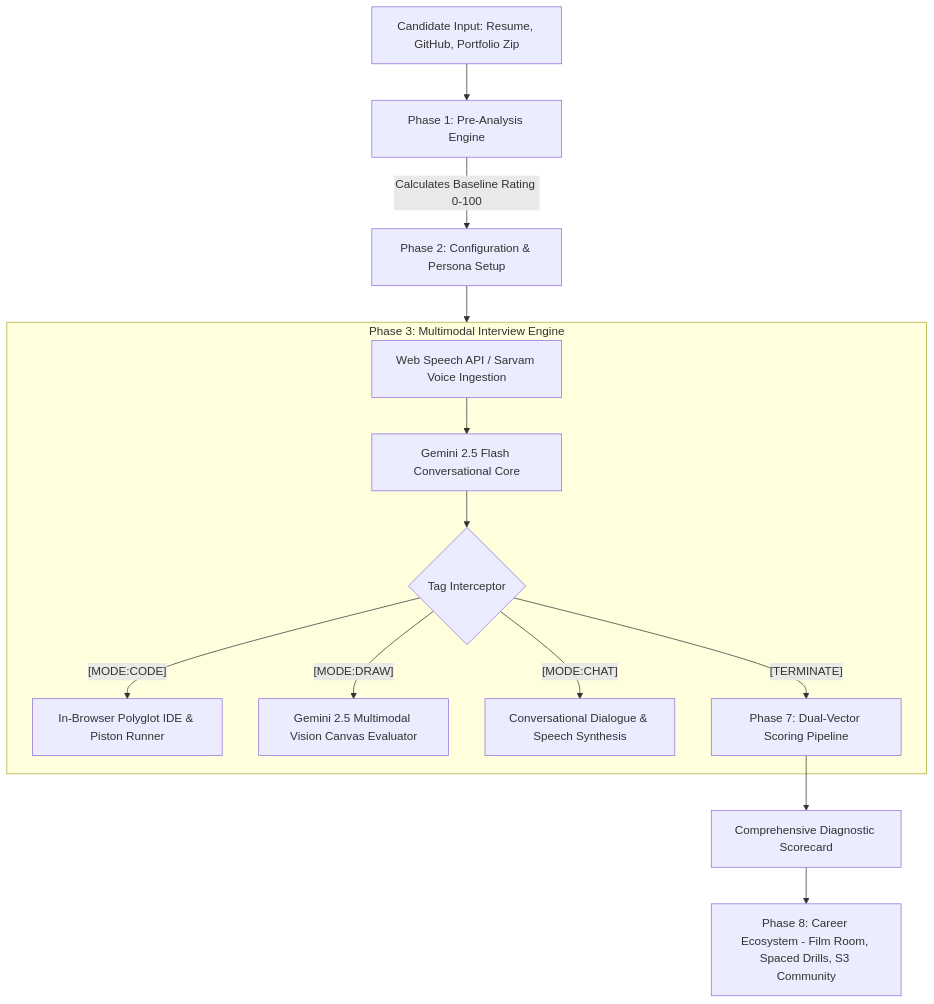
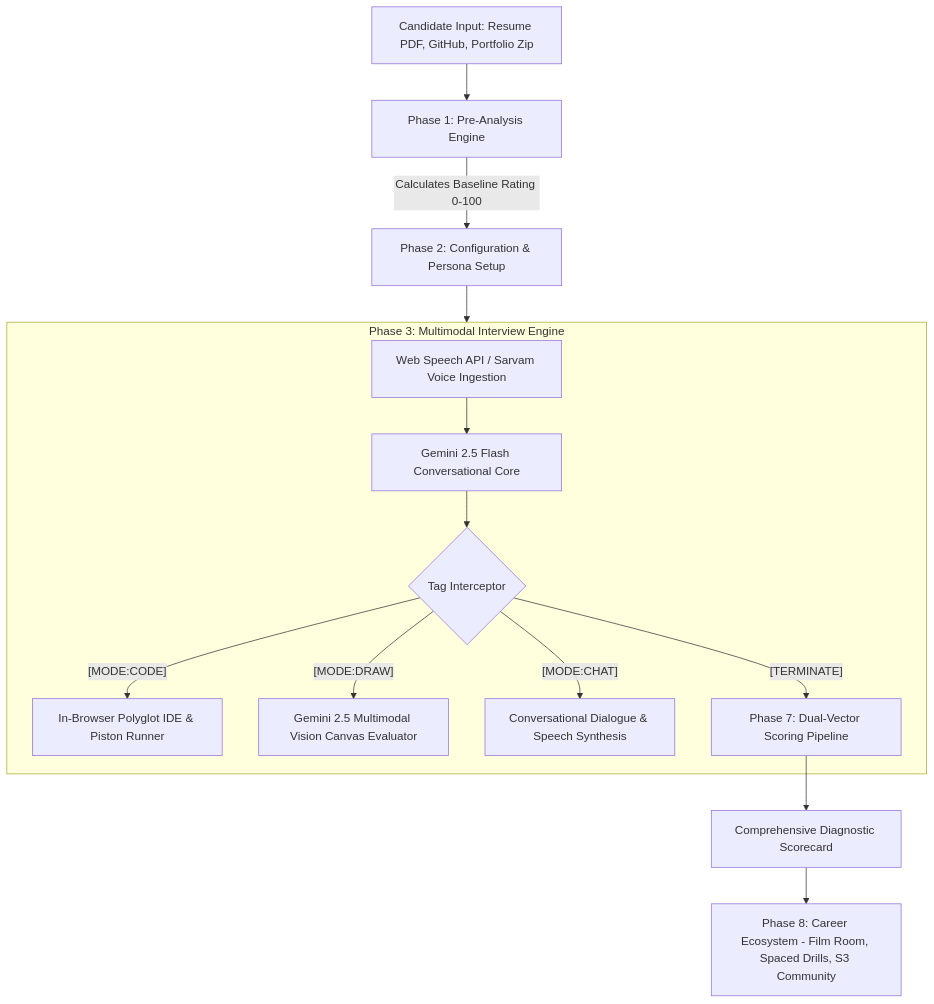
The diagram in REPORT.md (hemanthtc/ProInterview), drawn with Mermaid before and after one commit. The commit also changed other lines of this file, not shown here.

````diff
--- a/REPORT.md
+++ b/REPORT.md
@@ -118,18 +123,18 @@
 ```mermaid
 flowchart TD
-    A[Candidate Input: Resume, GitHub, Portfolio Zip] --> B[Phase 1: Pre-Analysis Engine]
+    A[Candidate Input: Resume PDF, GitHub, Portfolio Zip] --> B[Phase 1: Pre-Analysis Engine]
     B -->|Calculates Baseline Rating 0-100| C[Phase 2: Configuration & Persona Setup]
     C --> D[Phase 3: Live Multimodal Interview Loop]
     
     subgraph D [Phase 3: Multimodal Interview Engine]
         D1[Web Speech API / Sarvam Voice Ingestion] --> D2[Gemini 2.5 Flash Conversational Core]
         D2 --> D3{Tag Interceptor}
         D3 -->|"[MODE:CODE]"| D4[In-Browser Polyglot IDE & Piston Runner]
         D3 -->|"[MODE:DRAW]"| D5[Gemini 2.5 Multimodal Vision Canvas Evaluator]
         D3 -->|"[MODE:CHAT]"| D6[Conversational Dialogue & Speech Synthesis]
         D3 -->|"[TERMINATE]"| E[Phase 7: Dual-Vector Scoring Pipeline]
     end
     
     E --> F[Comprehensive Diagnostic Scorecard]
     F --> G[Phase 8: Career Ecosystem - Film Room, Spaced Drills, S3 Community]
 ```
````
